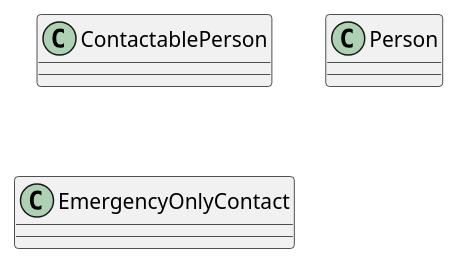
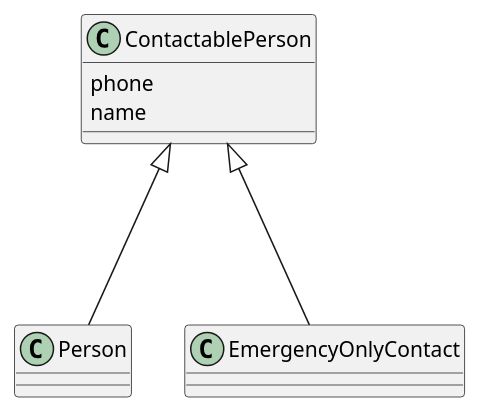
One commit to nus-cs2103-AY2425S1/tp changed the diagram in docs/diagrams/EmergencyContact.puml. Above: the diagram before and after it, drawn with PlantUML. The commit also changed 2 other files, not shown here.

Commit message:
Add proposed emergency contact explanation

```diff
--- a/docs/diagrams/EmergencyContact.puml
+++ b/docs/diagrams/EmergencyContact.puml
@@ -1,10 +1,14 @@
 @startuml
 'https://plantuml.com/class-diagram
 
 class ContactablePerson
 class Person
 class EmergencyOnlyContact
 
+ContactablePerson <|--- Person
+ContactablePerson <|--- EmergencyOnlyContact
 
 
+ContactablePerson : phone
+ContactablePerson : name
 @enduml
```
